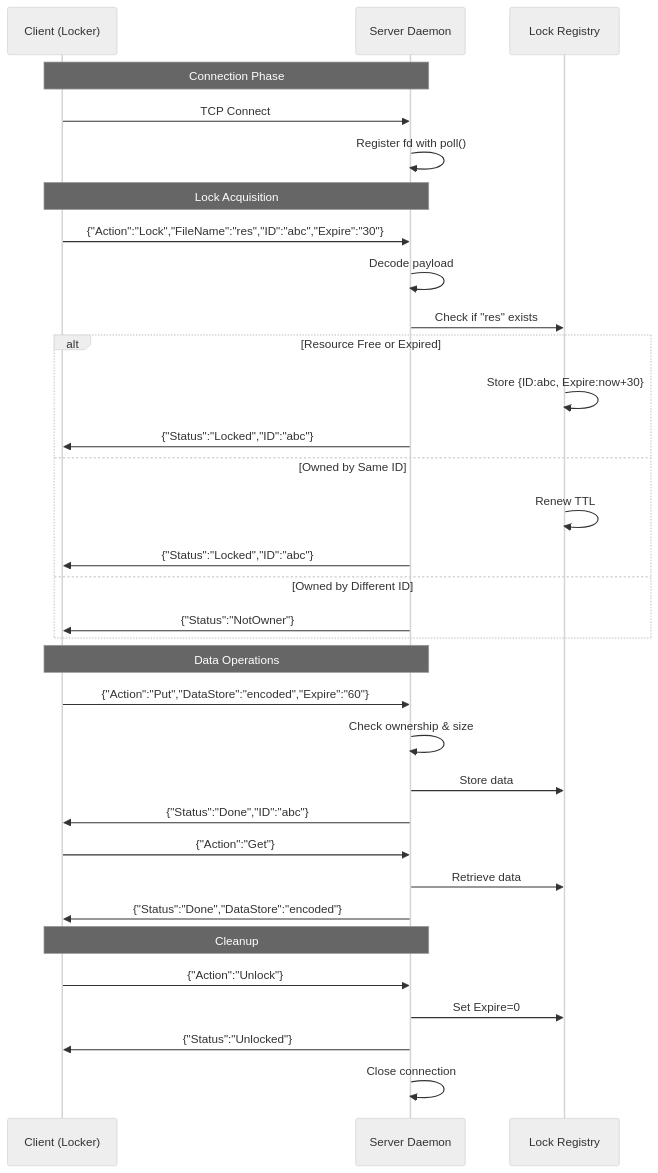
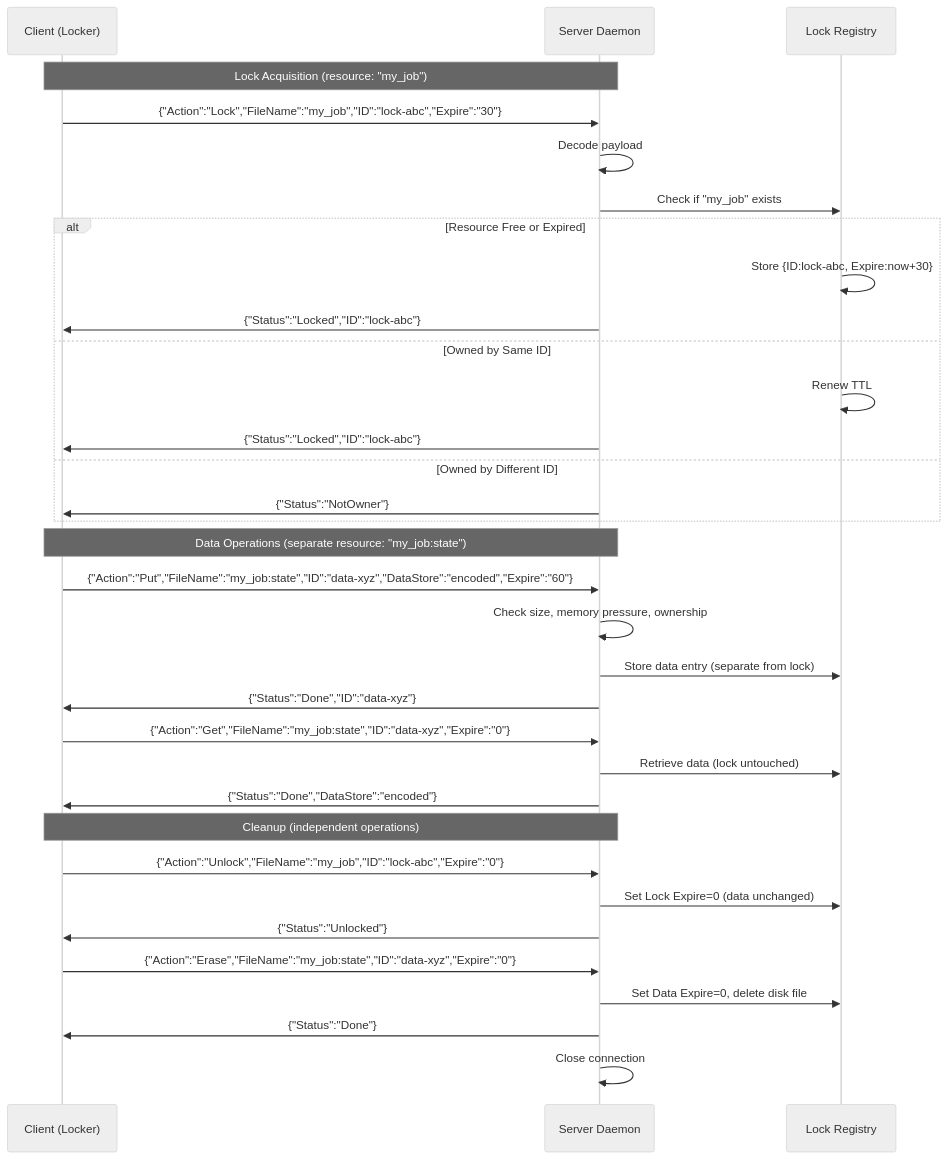
Before and after one commit to rapmd73/JackrabbitDLM: the second of 5 diagrams in README.md, drawn with Mermaid (neutral theme). The commit also changed other lines of this file, not shown here.

First line of the commit message:
Fix diagrams: Locks≠DataStores (separate IDs), dynamic disk spillover threshold

````diff
--- a/README.md
+++ b/README.md
@@ -108,40 +112,40 @@
 ```mermaid
 sequenceDiagram
     participant C as Client (Locker)
     participant S as Server Daemon
-    participant R as Lock Registry
+    participant L as Lock Registry
     
-    Note over C,S: Connection Phase
-    C->>S: TCP Connect
-    S->>S: Register fd with poll()
-    
-    Note over C,S: Lock Acquisition
-    C->>S: {"Action":"Lock","FileName":"res","ID":"abc","Expire":"30"}
+    Note over C,S: Lock Acquisition (resource: "my_job")
+    C->>S: {"Action":"Lock","FileName":"my_job","ID":"lock-abc","Expire":"30"}
     S->>S: Decode payload
-    S->>R: Check if "res" exists
+    S->>L: Check if "my_job" exists
     alt Resource Free or Expired
-        R->>R: Store {ID:abc, Expire:now+30}
-        S->>C: {"Status":"Locked","ID":"abc"}
+        L->>L: Store {ID:lock-abc, Expire:now+30}
+        S->>C: {"Status":"Locked","ID":"lock-abc"}
     else Owned by Same ID
-        R->>R: Renew TTL
-        S->>C: {"Status":"Locked","ID":"abc"}
+        L->>L: Renew TTL
+        S->>C: {"Status":"Locked","ID":"lock-abc"}
     else Owned by Different ID
         S->>C: {"Status":"NotOwner"}
     end
     
-    Note over C,S: Data Operations
-    C->>S: {"Action":"Put","DataStore":"encoded","Expire":"60"}
-    S->>S: Check ownership & size
-    S->>R: Store data
-    S->>C: {"Status":"Done","ID":"abc"}
+    Note over C,S: Data Operations (separate resource: "my_job:state")
+    C->>S: {"Action":"Put","FileName":"my_job:state","ID":"data-xyz","DataStore":"encoded","Expire":"60"}
+    S->>S: Check size, memory pressure, ownership
+    S->>L: Store data entry (separate from lock)
+    S->>C: {"Status":"Done","ID":"data-xyz"}
     
-    C->>S: {"Action":"Get"}
-    S->>R: Retrieve data
+    C->>S: {"Action":"Get","FileName":"my_job:state","ID":"data-xyz","Expire":"0"}
+    S->>L: Retrieve data (lock untouched)
     S->>C: {"Status":"Done","DataStore":"encoded"}
     
-    Note over C,S: Cleanup
-    C->>S: {"Action":"Unlock"}
-    S->>R: Set Expire=0
+    Note over C,S: Cleanup (independent operations)
+    C->>S: {"Action":"Unlock","FileName":"my_job","ID":"lock-abc","Expire":"0"}
+    S->>L: Set Lock Expire=0 (data unchanged)
     S->>C: {"Status":"Unlocked"}
+    
+    C->>S: {"Action":"Erase","FileName":"my_job:state","ID":"data-xyz","Expire":"0"}
+    S->>L: Set Data Expire=0, delete disk file
+    S->>C: {"Status":"Done"}
     S->>S: Close connection
 ```
````
